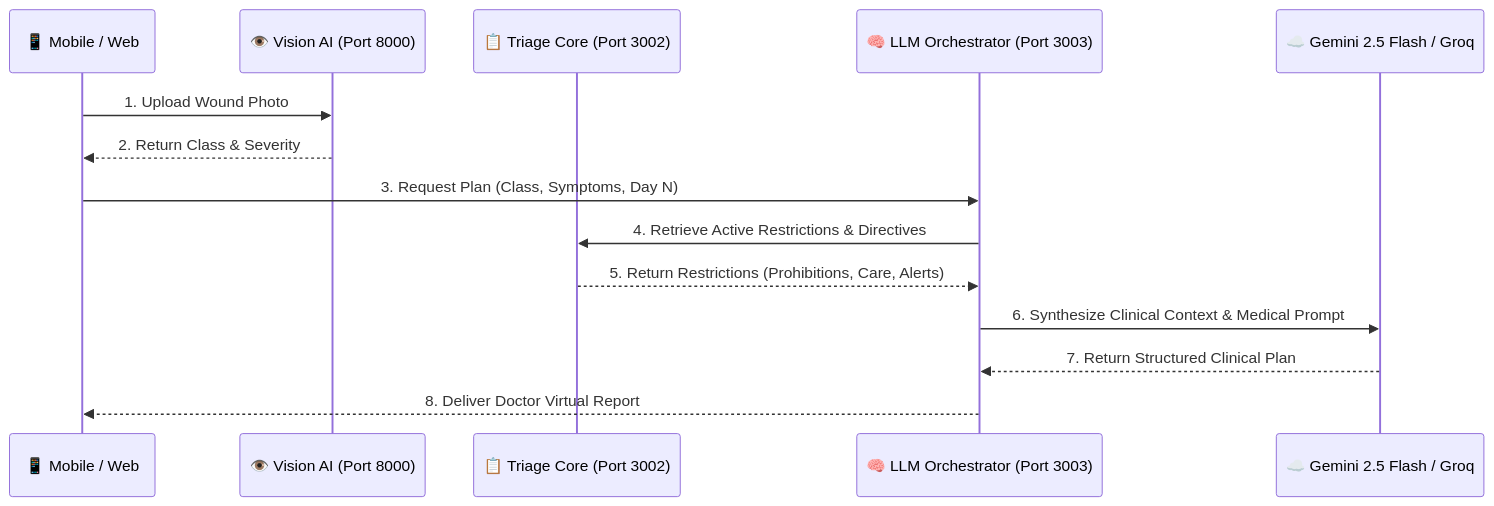
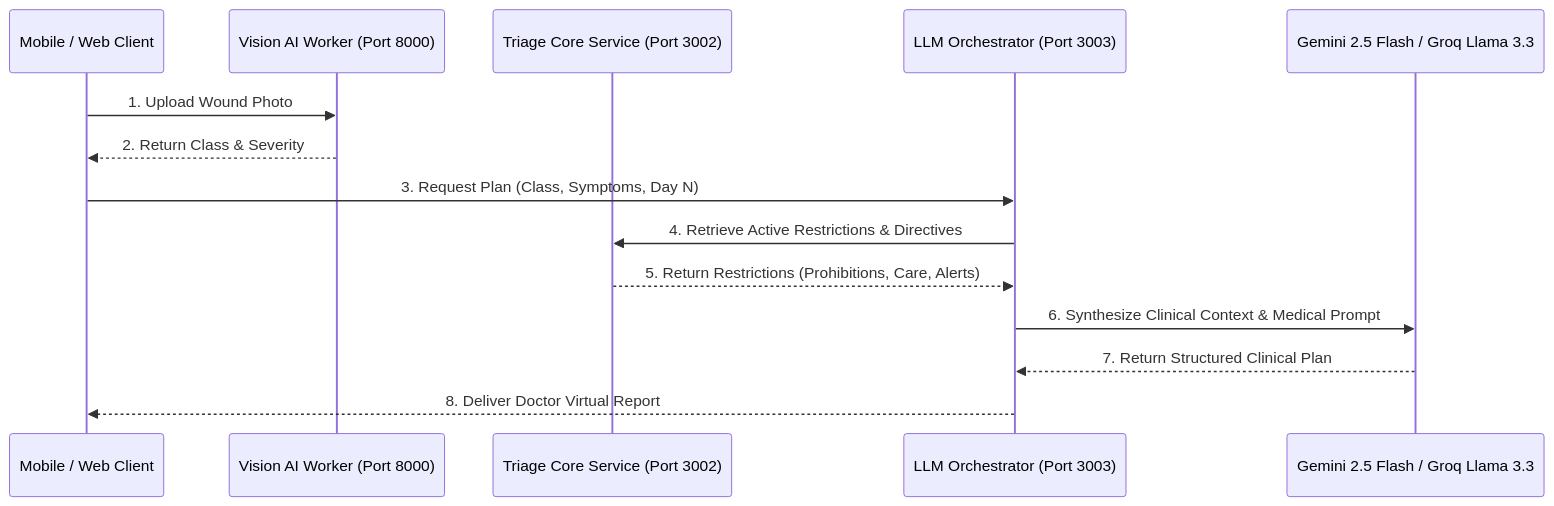
The diagram in backend/apps/llm-orchestrator/README.md (Jccasav14/Visual-RAG-Triage-Engine), drawn with Mermaid before and after one commit. The commit also changed other lines of this file and 7 other files, not shown here.

````diff
--- a/backend/apps/llm-orchestrator/README.md
+++ b/backend/apps/llm-orchestrator/README.md
@@ -14,17 +14,17 @@
 ```mermaid
 sequenceDiagram
-    participant Client as 📱 Mobile / Web
-    participant VisionAI as 👁️ Vision AI (Port 8000)
-    participant TriageCore as 📋 Triage Core (Port 3002)
-    participant Orchestrator as 🧠 LLM Orchestrator (Port 3003)
-    participant Gemini as ☁️ Gemini 2.5 Flash / Groq
+    participant Client as Mobile / Web Client
+    participant VisionAI as Vision AI Worker (Port 8000)
+    participant TriageCore as Triage Core Service (Port 3002)
+    participant Orchestrator as LLM Orchestrator (Port 3003)
+    participant Gemini as Gemini 2.5 Flash / Groq Llama 3.3
 
     Client->>VisionAI: 1. Upload Wound Photo
     VisionAI-->>Client: 2. Return Class & Severity
     Client->>Orchestrator: 3. Request Plan (Class, Symptoms, Day N)
     Orchestrator->>TriageCore: 4. Retrieve Active Restrictions & Directives
     TriageCore-->>Orchestrator: 5. Return Restrictions (Prohibitions, Care, Alerts)
     Orchestrator->>Gemini: 6. Synthesize Clinical Context & Medical Prompt
     Gemini-->>Orchestrator: 7. Return Structured Clinical Plan
     Orchestrator-->>Client: 8. Deliver Doctor Virtual Report
 ```
````
